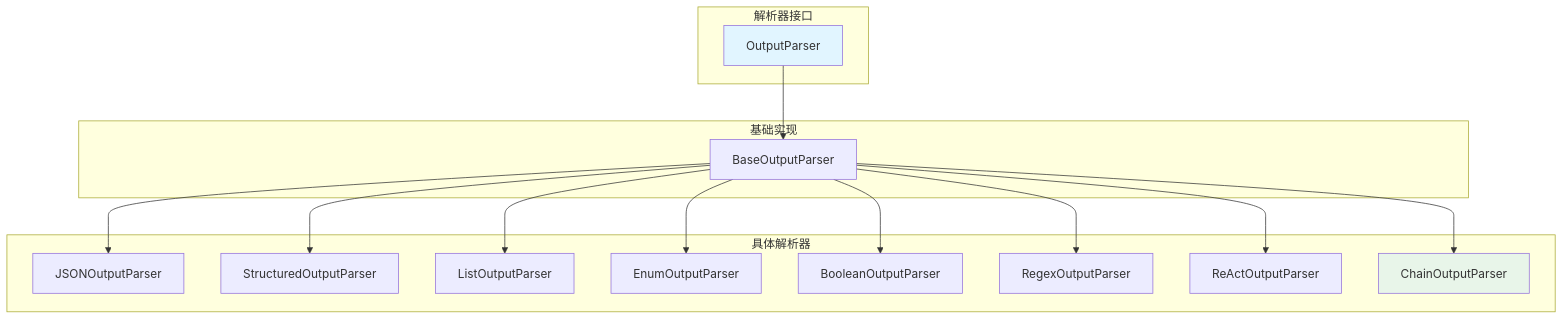
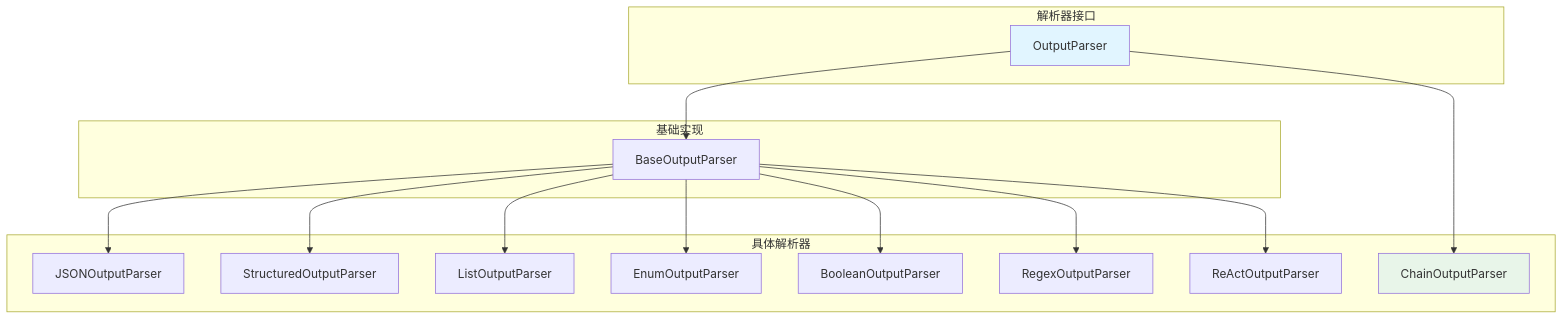
One commit to kart-io/goagent changed the first of 2 diagrams in parsers/README.md. Above: the diagram before and after it, drawn with Mermaid. The commit also changed other lines of this file and 87 other files, not shown here.

````diff
--- a/parsers/README.md
+++ b/parsers/README.md
@@ -19,34 +19,34 @@
 ```mermaid
 graph TB
     subgraph "解析器接口"
         Interface[OutputParser<T>]
     end
 
     subgraph "基础实现"
         Base[BaseOutputParser<T>]
     end
 
     subgraph "具体解析器"
         JSON[JSONOutputParser]
         Struct[StructuredOutputParser]
         List[ListOutputParser]
         Enum[EnumOutputParser]
         Bool[BooleanOutputParser]
         Regex[RegexOutputParser]
         ReAct[ReActOutputParser]
         Chain[ChainOutputParser]
     end
 
     Interface --> Base
     Base --> JSON
     Base --> Struct
     Base --> List
     Base --> Enum
     Base --> Bool
     Base --> Regex
     Base --> ReAct
-    Base --> Chain
+    Interface --> Chain
 
     style Interface fill:#e1f5ff
     style Chain fill:#e8f5e9
 ```
````
